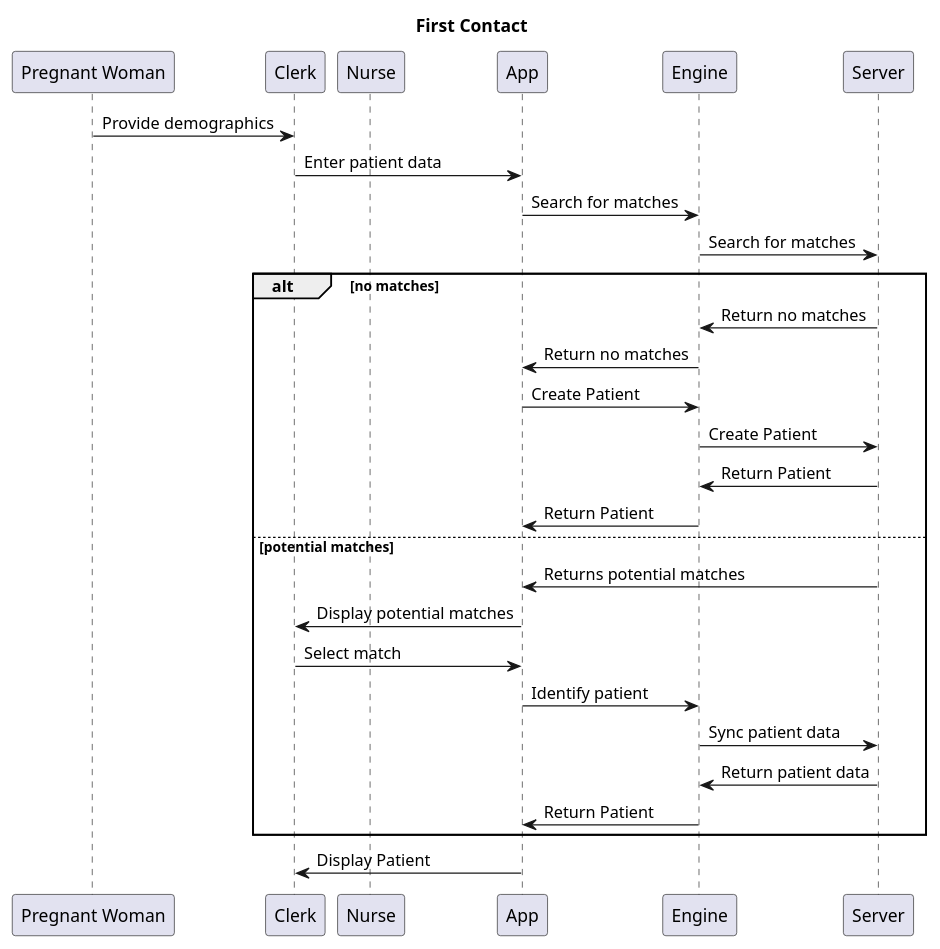
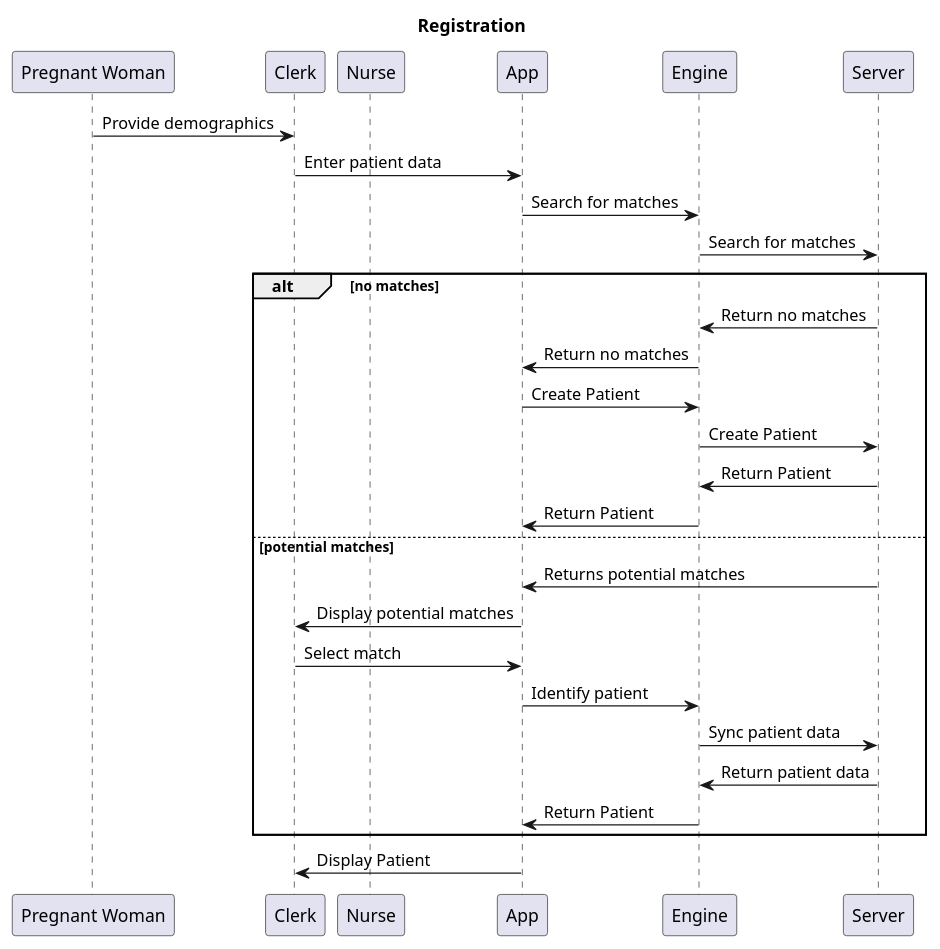
One commit to WorldHealthOrganization/smart-anc changed the diagram in input/diagrams/registration.puml. Above: the diagram before and after it, drawn with PlantUML. The commit also changed 20 other files, not shown here.

Commit message:
Updated site navigation, roadmap, and readme. Added issue link to footer.

```diff
--- a/input/diagrams/registration.puml
+++ b/input/diagrams/registration.puml
@@ -1,32 +1,32 @@
 @startuml Registration
-title First Contact
+title Registration
 participant "Pregnant Woman" as PW
 participant "Clerk" as Clerk
 participant "Nurse" as Nurse
 participant "App" as App
 participant "Engine" as Engine
 participant "Server" as Server
 
 PW -> Clerk: Provide demographics
 Clerk -> App: Enter patient data
 App -> Engine: Search for matches
 Engine -> Server: Search for matches
 alt no matches
 Server -> Engine: Return no matches
 Engine -> App: Return no matches
 App -> Engine: Create Patient
 Engine -> Server: Create Patient
 Server -> Engine: Return Patient
 Engine -> App: Return Patient
 else potential matches
 Server -> App: Returns potential matches
 App -> Clerk: Display potential matches
 Clerk -> App: Select match
 App -> Engine: Identify patient
 Engine -> Server: Sync patient data
 Server -> Engine: Return patient data
 Engine -> App: Return Patient
 end
 App -> Clerk: Display Patient
 
 @enduml
```
